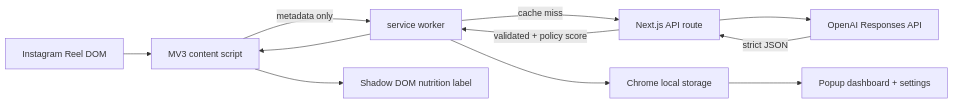
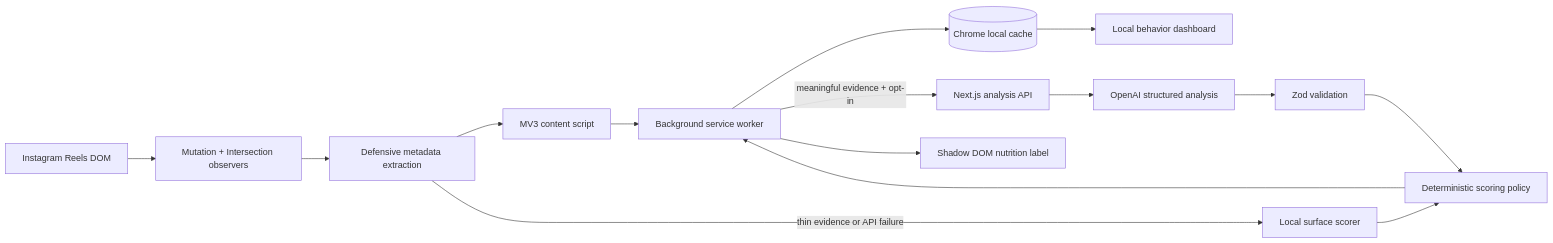
The diagram in README.md (poojavarshini/doomless-ai), drawn with Mermaid before and after one commit. The commit also changed other lines of this file and 53 other files, not shown here.

````diff
--- a/README.md
+++ b/README.md
@@ -24,13 +31,17 @@
 ```mermaid
 flowchart LR
-  IG[Instagram Reel DOM] --> CS[MV3 content script]
-  CS -->|metadata only| BG[service worker]
-  BG -->|cache miss| API[Next.js API route]
-  API --> AI[OpenAI Responses API]
-  AI -->|strict JSON| API
-  API -->|validated + policy score| BG
-  BG --> LS[Chrome local storage]
-  BG --> CS
-  CS --> UI[Shadow DOM nutrition label]
-  LS --> POP[Popup dashboard + settings]
+  IG[Instagram Reels DOM] --> DETECT[Mutation + Intersection observers]
+  DETECT --> EXTRACT[Defensive metadata extraction]
+  EXTRACT --> CS[MV3 content script]
+  CS --> BG[Background service worker]
+  BG --> CACHE[(Chrome local cache)]
+  BG -->|meaningful evidence + opt-in| API[Next.js analysis API]
+  API --> AI[OpenAI structured analysis]
+  AI --> VALIDATE[Zod validation]
+  VALIDATE --> POLICY[Deterministic scoring policy]
+  POLICY --> BG
+  EXTRACT -->|thin evidence or API failure| LOCAL[Local surface scorer]
+  LOCAL --> POLICY
+  BG --> OVERLAY[Shadow DOM nutrition label]
+  CACHE --> POPUP[Local behavior dashboard]
 ```
````
